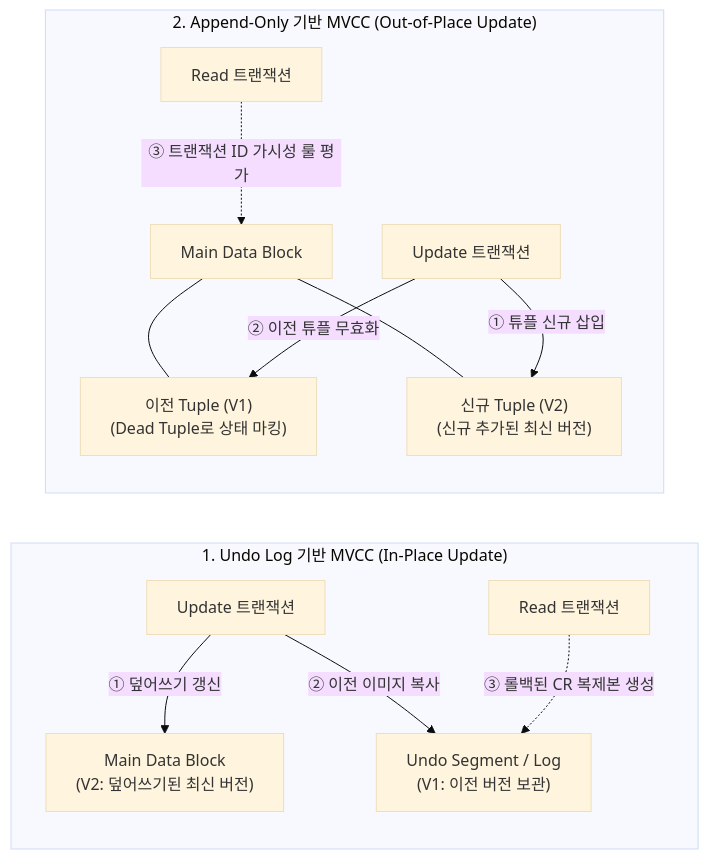
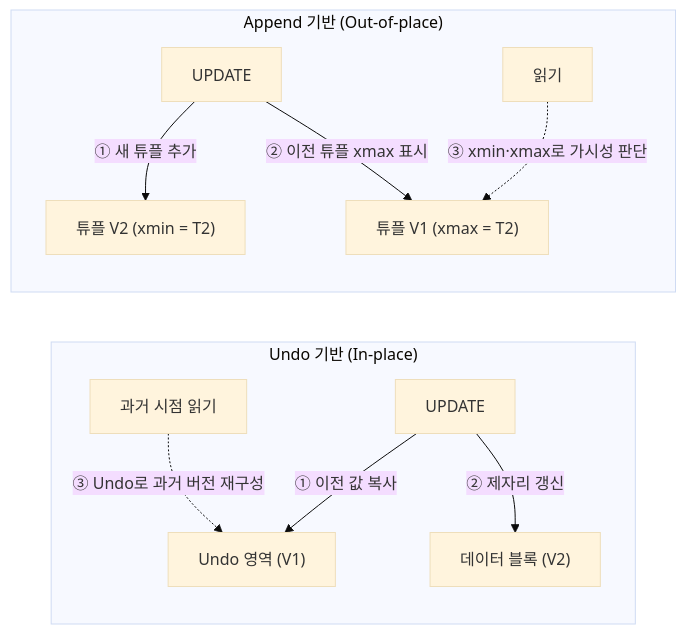
One commit to supremethumb/supremethumb.github.io changed the diagram in content/01_IT Tech/MVCC(다중 버전 동시성 제어) 2가지 유형.md. Above: the diagram before and after it, drawn with Mermaid (base theme). The commit also changed other lines of this file and 1087 other files, not shown here.

````diff
--- a/content/01_IT Tech/MVCC(다중 버전 동시성 제어) 2가지 유형.md
+++ b/content/01_IT Tech/MVCC(다중 버전 동시성 제어) 2가지 유형.md
@@ -32,30 +36,15 @@
 ```mermaid
 flowchart LR
-    subgraph Type1["1. Undo Log 기반 MVCC (In-Place Update)"]
+    subgraph U["Undo 기반 (In-place)"]
         direction TB
-        Update1["Update 트랜잭션"]
-        MainBlock1["Main Data Block<br/>(V2: 덮어쓰기된 최신 버전)"]
-        Undo["Undo Segment / Log<br/>(V1: 이전 버전 보관)"]
-        Reader1["Read 트랜잭션"]
-        
-        Update1 -- "① 덮어쓰기 갱신" --> MainBlock1
-        Update1 -- "② 이전 이미지 복사" --> Undo
-        Reader1 -. "③ 롤백된 CR 복제본 생성" .-> Undo
+        W1["UPDATE"] -->|"① 이전 값 복사"| UN["Undo 영역 (V1)"]
+        W1 -->|"② 제자리 갱신"| B1["데이터 블록 (V2)"]
+        R1["과거 시점 읽기"] -. "③ Undo로 과거 버전 재구성" .-> UN
     end
-
-    subgraph Type2["2. Append-Only 기반 MVCC (Out-of-Place Update)"]
+    subgraph A["Append 기반 (Out-of-place)"]
         direction TB
-        Update2["Update 트랜잭션"]
-        MainBlock2["Main Data Block"]
-        V1["이전 Tuple (V1)<br/>(Dead Tuple로 상태 마킹)"]
-        V2["신규 Tuple (V2)<br/>(신규 추가된 최신 버전)"]
-        Reader2["Read 트랜잭션"]
-        
-        MainBlock2 --- V1
-        MainBlock2 --- V2
-        Update2 -- "① 튜플 신규 삽입" --> V2
-        Update2 -- "② 이전 튜플 무효화" --> V1
-        Reader2 -. "③ 트랜잭션 ID 가시성 룰 평가" .-> MainBlock2
+        W2["UPDATE"] -->|"① 새 튜플 추가"| V2["튜플 V2 (xmin = T2)"]
+        W2 -->|"② 이전 튜플 xmax 표시"| V1["튜플 V1 (xmax = T2)"]
+        R2["읽기"] -. "③ xmin·xmax로 가시성 판단" .-> V1
     end
-
 ```
````
